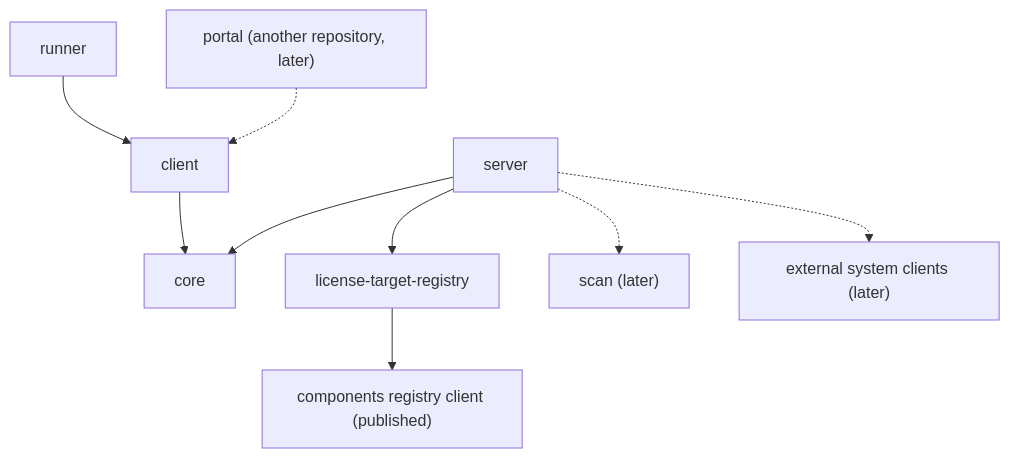
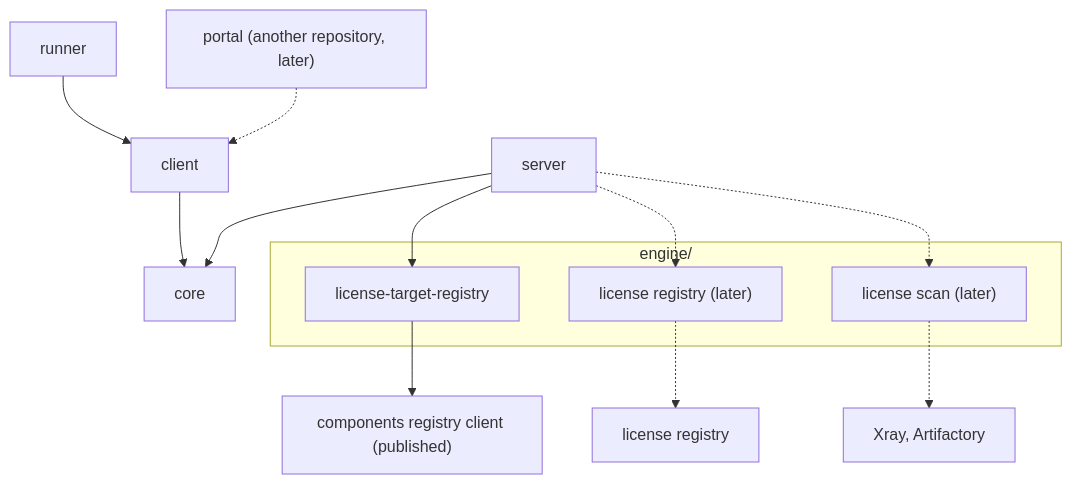
One commit to octopusden/octopus-license-service changed the diagram in docs/architecture.md. Above: the diagram before and after it, drawn with Mermaid. The commit also changed other lines of this file and 31 other files, not shown here.

First line of the commit message:
Move the license target module under engine/

````diff
--- a/docs/architecture.md
+++ b/docs/architecture.md
@@ -7,11 +7,18 @@
 ```mermaid
 flowchart TD
     runner --> client
     portal["portal (another repository, later)"] -.-> client
     client --> core
     server --> core
-    server --> target["license-target-registry"]
+    server --> target
+    server -.-> rules
+    server -.-> scan
+    subgraph engine["engine/"]
+        target["license-target-registry"]
+        rules["license registry (later)"]
+        scan["license scan (later)"]
+    end
     target --> crs["components registry client (published)"]
-    server -.-> scan["scan (later)"]
-    server -.-> ext["external system clients (later)"]
+    rules -.-> lr["license registry"]
+    scan -.-> xray["Xray, Artifactory"]
 ```
````
